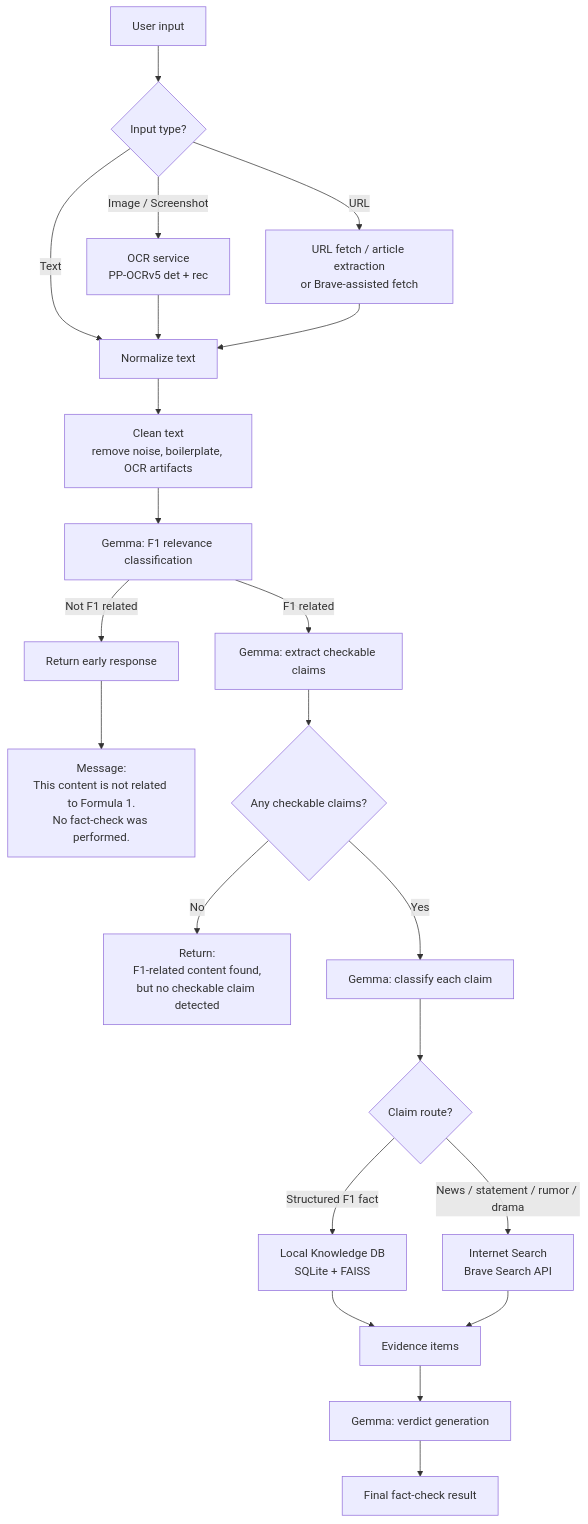
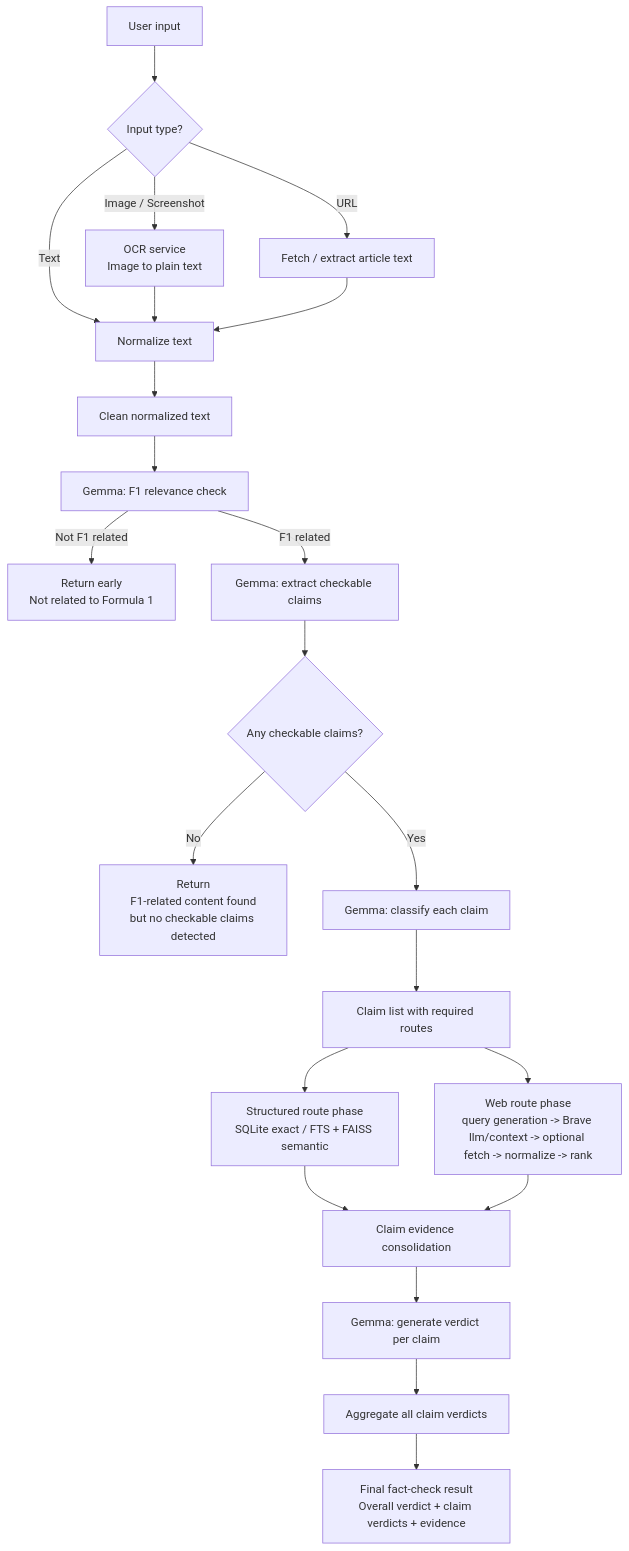
Before and after one commit to viettran-edgeAI/F1_fact_checker: the diagram in README.md, drawn with Mermaid. The commit also changed other lines of this file and 31 other files, not shown here.

````diff
--- a/README.md
+++ b/README.md
@@ -43,37 +56,39 @@
 ```mermaid
 flowchart TD
-    A["User input"] --> B{"Input type?"}
+    A[User input] --> B{Input type?}
 
-    B -->|Text| C["Normalize text"]
-    B -->|Image / Screenshot| D["OCR service<br/>PP-OCRv5 det + rec"]
-    B -->|URL| E["URL fetch / article extraction<br/>or Brave-assisted fetch"]
+    B -->|Text| C[Normalize text]
+    B -->|Image / Screenshot| D[OCR service<br/>Image to plain text]
+    B -->|URL| E[Fetch / extract article text]
 
     D --> C
     E --> C
 
-    C --> F["Clean text<br/>remove noise, boilerplate, OCR artifacts"]
+    C --> F[Clean normalized text]
 
-    F --> G["Gemma: F1 relevance classification"]
+    F --> G[Gemma: F1 relevance check]
 
-    G -->|Not F1 related| H["Return early response"]
-    H --> H1["Message:<br/>This content is not related to Formula 1.<br/>No fact-check was performed."]
+    G -->|Not F1 related| H[Return early<br/>Not related to Formula 1]
 
-    G -->|F1 related| I["Gemma: extract checkable claims"]
+    G -->|F1 related| I[Gemma: extract checkable claims]
 
-    I --> J{"Any checkable claims?"}
+    I --> J{Any checkable claims?}
 
-    J -->|No| K["Return:<br/>F1-related content found,<br/>but no checkable claim detected"]
+    J -->|No| K[Return<br/>F1-related content found<br/>but no checkable claims detected]
 
-    J -->|Yes| L["Gemma: classify each claim"]
+    J -->|Yes| L[Gemma: classify each claim]
 
-    L --> M{"Claim route?"}
+    L --> M[Claim list with required routes]
 
-    M -->|Structured F1 fact| N["Local Knowledge DB<br/>SQLite + FAISS"]
-    M -->|News / statement / rumor / drama| O["Internet Search<br/>Brave Search API"]
+    M --> N[Structured route phase<br/>SQLite exact / FTS + FAISS semantic]
+    M --> O[Web route phase<br/>query generation -> Brave llm/context -> optional fetch -> normalize -> rank]
 
-    N --> P["Evidence items"]
+    N --> P[Claim evidence consolidation]
     O --> P
 
-    P --> Q["Gemma: verdict generation"]
-    Q --> R["Final fact-check result"]
+    P --> Q[Gemma: generate verdict per claim]
+
+    Q --> U[Aggregate all claim verdicts]
+
+    U --> V[Final fact-check result<br/>Overall verdict + claim verdicts + evidence]
 ```
````
